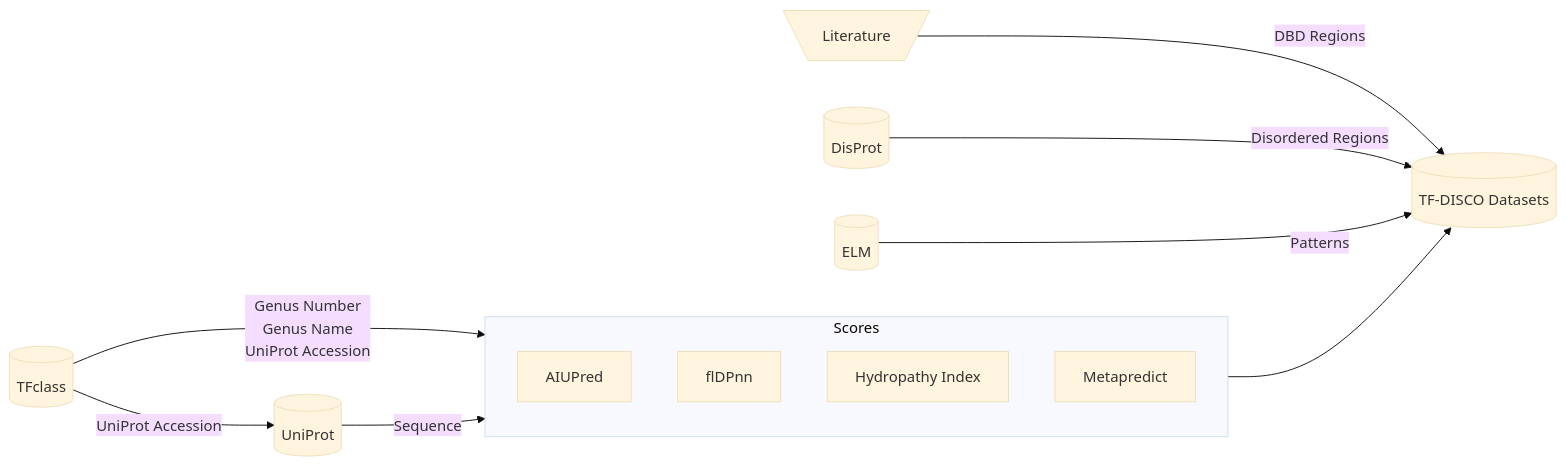
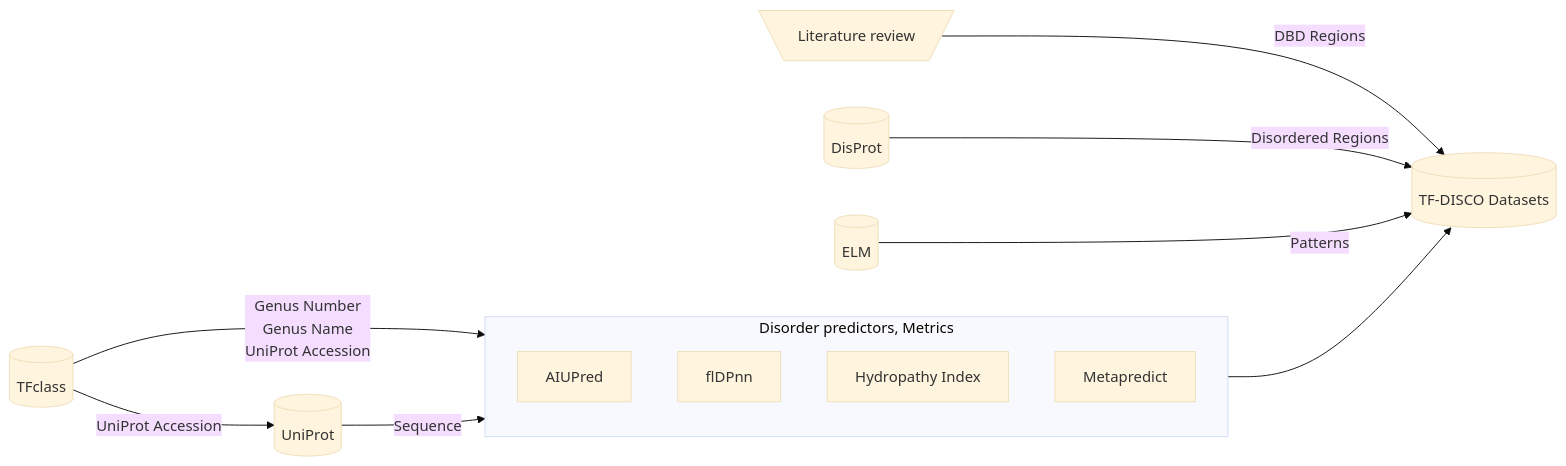
Before and after one commit to tf-disco/tf-disco: the first of 2 diagrams in README.md, drawn with Mermaid (base theme). The commit also changed other lines of this file and 1 other file, not shown here.

````diff
--- a/README.md
+++ b/README.md
@@ -5,16 +17,16 @@
 ```mermaid
 flowchart LR
-  subgraph Scores
-    A[AIUPred]
-    F[flDPnn]
-    H[Hydropathy Index]
-    M[Metapredict]
-  end
-  T[(TFclass)] -->|Genus Number<br>Genus Name<br>UniProt Accession| Scores
-  T[(TFclass)] -->|UniProt Accession| U
-  U[(UniProt)] -->|Sequence| Scores
-  Scores --> J[(TF-DISCO Datasets)]
-  L[\Literature/] -->|DBD Regions| J
-  D[(DisProt)] -->|Disordered Regions| J
-  E[(ELM)] -->|Patterns| J
+    subgraph Scores[Disorder predictors, Metrics]
+        A[AIUPred]
+        F[flDPnn]
+        H[Hydropathy Index]
+        M[Metapredict]
+    end
+    T[(TFclass)] -->|Genus Number<br>Genus Name<br>UniProt Accession| Scores
+    T[(TFclass)] -->|UniProt Accession| U
+    U[(UniProt)] -->|Sequence| Scores
+    Scores --> J[(TF-DISCO Datasets)]
+    L[\Literature review/] -->|DBD Regions| J
+    D[(DisProt)] -->|Disordered Regions| J
+    E[(ELM)] -->|Patterns| J
 ```
````
